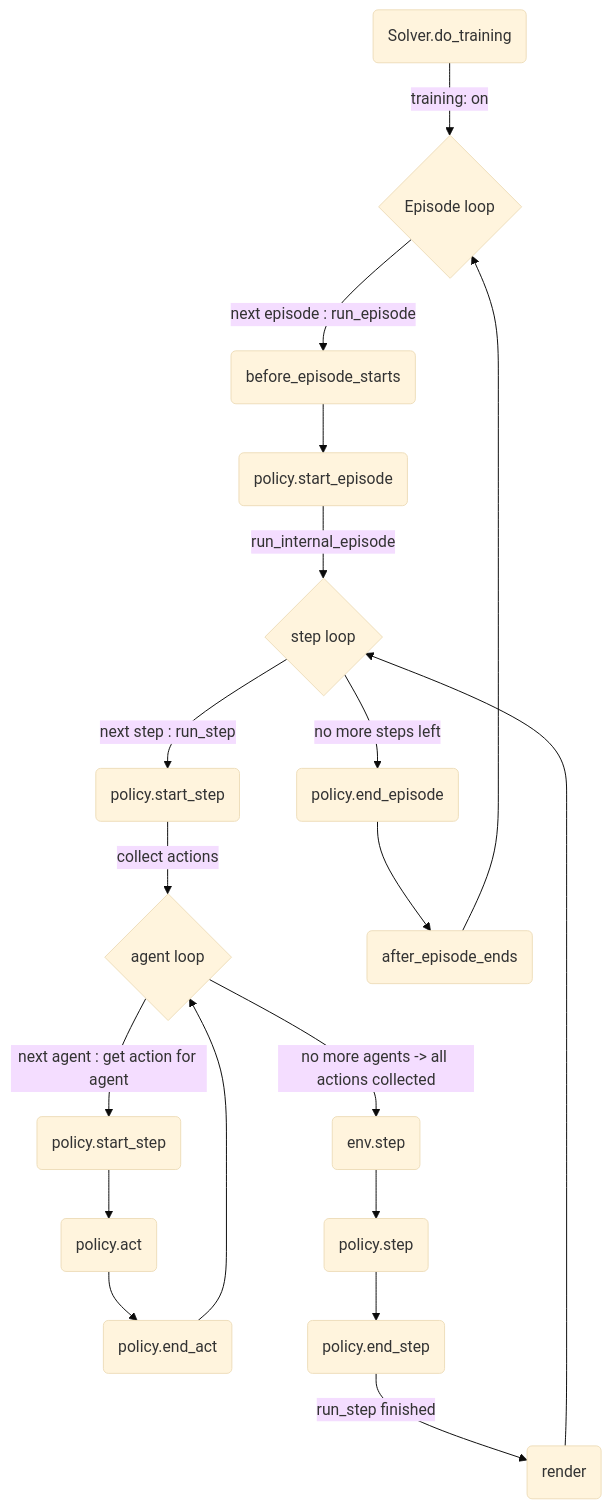
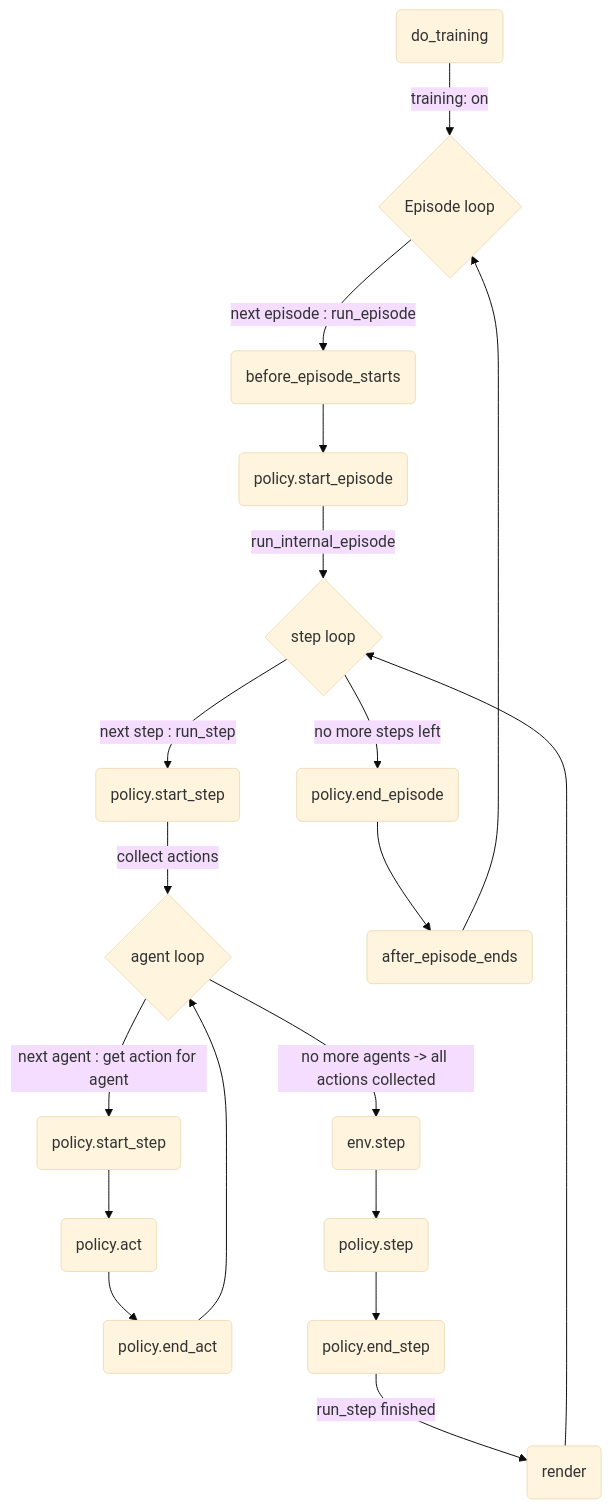
One commit to aiAdrian/flatland_solver_policy changed the second of 2 diagrams in README.md. Above: the diagram before and after it, drawn with Mermaid (base theme). The commit also changed other lines of this file, not shown here.

````diff
--- a/README.md
+++ b/README.md
@@ -32,22 +32,22 @@
 ```mermaid
 flowchart TD
-    B(Solver.do_training)
+    B(do_training)
     B --> |training: on| C{Episode loop}
     C --> |next episode : run_episode| D1(before_episode_starts)
     D1 --> D2(policy.start_episode)
     D2 --> |run_internal_episode| E{step loop}
     F1 --> |collect actions| G{agent loop}
     E --> |next step : run_step| F1(policy.start_step)
     G -->  |next agent : get action for agent| G1(policy.start_step)
     G1 --> G2(policy.act)
     G2 --> G3(policy.end_act)
     G3 --> G
     G --> |no more agents -> all actions collected|F2(env.step)
     F2 --> F3(policy.step)
     F3 --> F4(policy.end_step)
     F5 --> E
     D5 --> C
     E --> |no more steps left| D4(policy.end_episode)
     D4 --> D5(after_episode_ends) 
     F4 --> |run_step finished| F5(render) 
 ```
````
